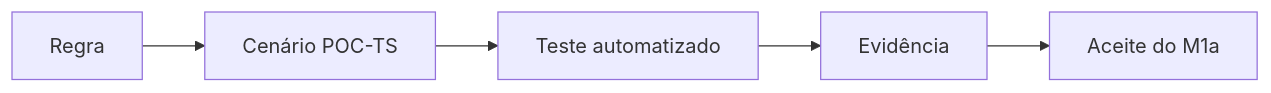
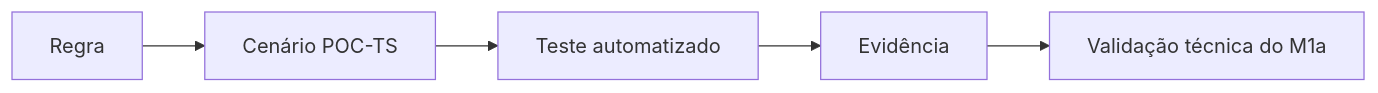
Diagram 16 of 35 in README.md (ailtonfv/governanca-lgpd-hortolandia), drawn with Mermaid before and after one commit. The commit also changed other lines of this file and 25 other files, not shown here.

````diff
--- a/README.md
+++ b/README.md
@@ -717,7 +717,7 @@
 ```mermaid
 flowchart LR
     R["Regra"] --> C["Cenário POC-TS"]
     C --> A["Teste automatizado"]
     A --> E["Evidência"]
-    E --> V["Aceite do M1a"]
+    E --> V["Validação técnica do M1a"]
 ```
````
